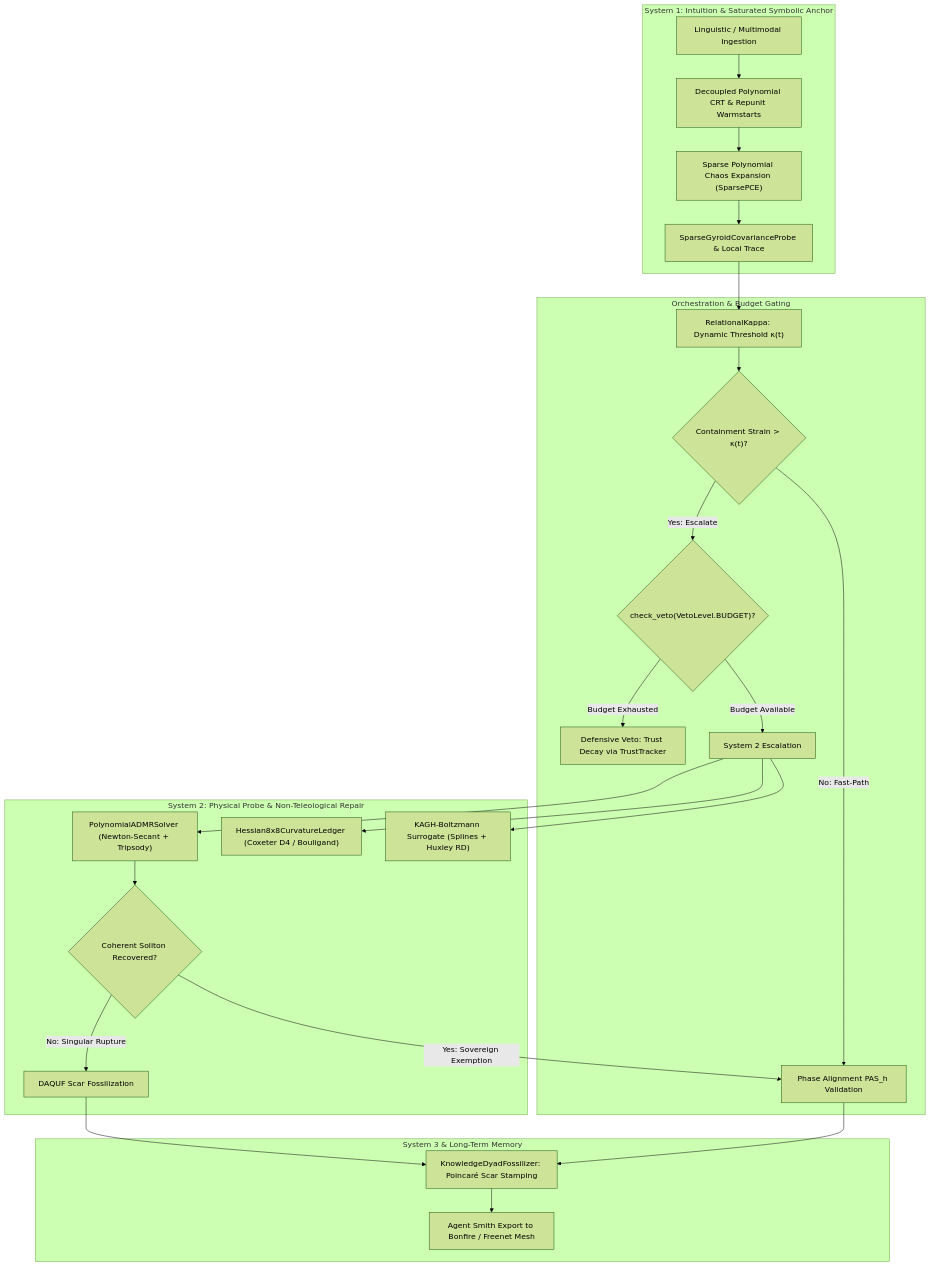
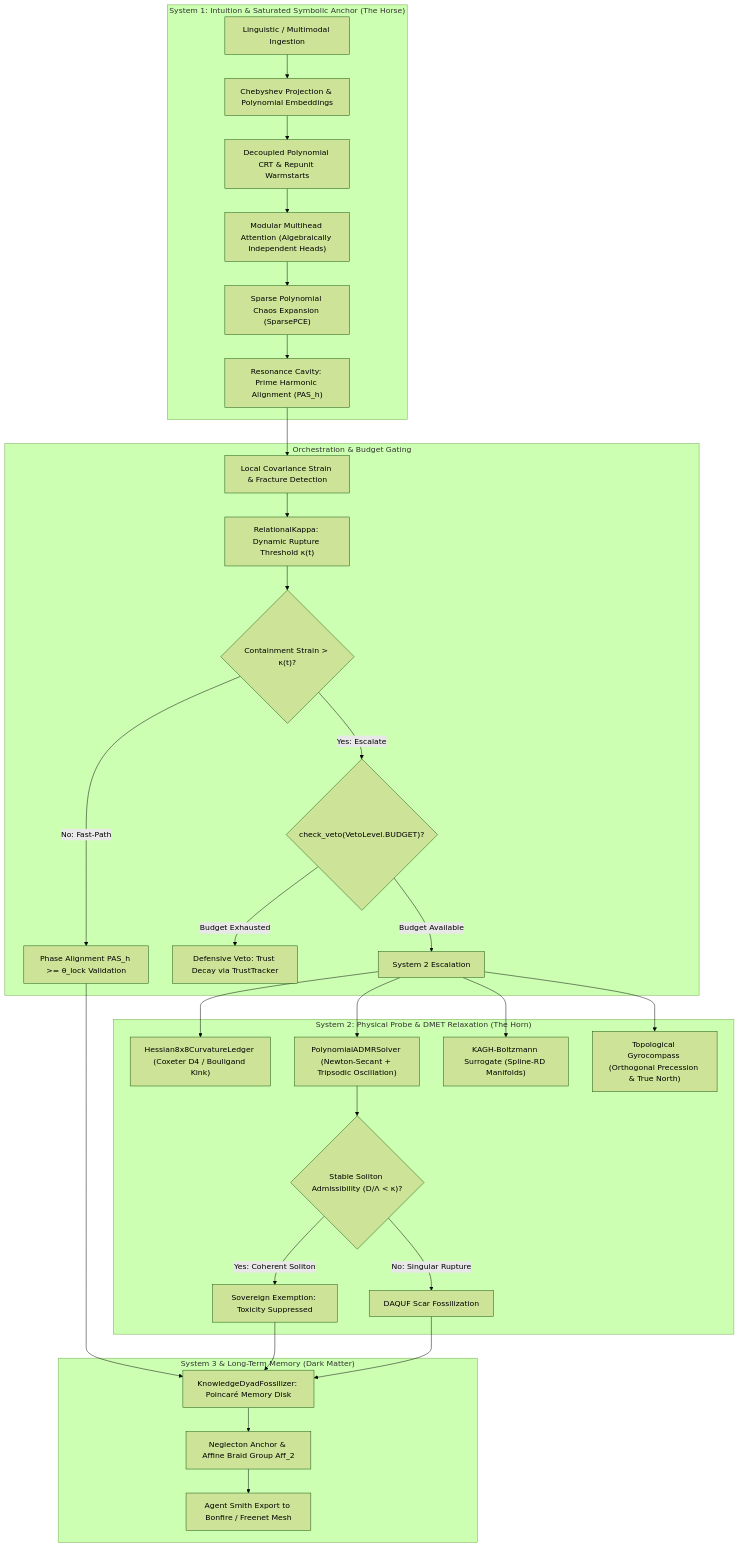
Before and after one commit to ZenoNex/Gyroidic-Sparse-Covariance-Flux-Reasoner: the diagram in vault_docs/PROJECT_PITCH.md, drawn with Mermaid (forest theme). The commit also changed other lines of this file, not shown here.

````diff
--- a/vault_docs/PROJECT_PITCH.md
+++ b/vault_docs/PROJECT_PITCH.md
@@ -40,32 +40,38 @@
 ```mermaid
 graph TD
-    subgraph S1["System 1: Intuition & Saturated Symbolic Anchor"]
-        Input["Linguistic / Multimodal Ingestion"] --> CRT["Decoupled Polynomial CRT & Repunit Warmstarts"]
-        CRT --> PCE["Sparse Polynomial Chaos Expansion (SparsePCE)"]
-        PCE --> Probe["SparseGyroidCovarianceProbe & Local Trace"]
+    subgraph S1["System 1: Intuition & Saturated Symbolic Anchor (The Horse)"]
+        Input["Linguistic / Multimodal Ingestion"] --> Ingest["Chebyshev Projection & Polynomial Embeddings"]
+        Ingest --> CRT["Decoupled Polynomial CRT & Repunit Warmstarts"]
+        CRT --> ModAttn["Modular Multihead Attention (Algebraically Independent Heads)"]
+        ModAttn --> PCE["Sparse Polynomial Chaos Expansion (SparsePCE)"]
+        PCE --> Cavity["Resonance Cavity: Prime Harmonic Alignment (PAS_h)"]
     end
 
     subgraph Gov["Orchestration & Budget Gating"]
-        Probe --> RK["RelationalKappa: Dynamic Threshold κ(t)"]
+        Cavity --> Strain["Local Covariance Strain & Fracture Detection"]
+        Strain --> RK["RelationalKappa: Dynamic Rupture Threshold κ(t)"]
         RK --> Gate{"Containment Strain > κ(t)?"}
-        Gate -- "No: Fast-Path" --> Coherence["Phase Alignment PAS_h Validation"]
+        Gate -- "No: Fast-Path" --> Coherence["Phase Alignment PAS_h >= θ_lock Validation"]
         Gate -- "Yes: Escalate" --> VetGate{"check_veto(VetoLevel.BUDGET)?"}
         VetGate -- "Budget Exhausted" --> DefVeto["Defensive Veto: Trust Decay via TrustTracker"]
         VetGate -- "Budget Available" --> S2["System 2 Escalation"]
     end
 
-    subgraph S2Sys["System 2: Physical Probe & Non-Teleological Repair"]
-        S2 --> ADMR["PolynomialADMRSolver (Newton-Secant + Tripsody)"]
-        S2 --> Curv["Hessian8x8CurvatureLedger (Coxeter D4 / Bouligand)"]
-        S2 --> KAGH["KAGH-Boltzmann Surrogate (Splines + Huxley RD)"]
-        ADMR --> SolitonCheck{"Coherent Soliton Recovered?"}
-        SolitonCheck -- "Yes: Sovereign Exemption" --> Coherence
+    subgraph S2Sys["System 2: Physical Probe & DMET Relaxation (The Horn)"]
+        S2 --> Curv["Hessian8x8CurvatureLedger (Coxeter D4 / Bouligand Kink)"]
+        S2 --> ADMR["PolynomialADMRSolver (Newton-Secant + Tripsodic Oscillation)"]
+        S2 --> KAGH["KAGH-Boltzmann Surrogate (Spline-RD Manifolds)"]
+        S2 --> Gyro["Topological Gyrocompass (Orthogonal Precession & True North)"]
+        ADMR --> SolitonCheck{"Stable Soliton Admissibility (D/Λ < κ)?"}
+        SolitonCheck -- "Yes: Coherent Soliton" --> Sovereign["Sovereign Exemption: Toxicity Suppressed"]
         SolitonCheck -- "No: Singular Rupture" --> DAQUF["DAQUF Scar Fossilization"]
     end
 
-    subgraph S3["System 3 & Long-Term Memory"]
-        Coherence --> Fossil["KnowledgeDyadFossilizer: Poincaré Scar Stamping"]
+    subgraph S3["System 3 & Long-Term Memory (Dark Matter)"]
+        Coherence --> Fossil["KnowledgeDyadFossilizer: Poincaré Memory Disk"]
+        Sovereign --> Fossil
         DAQUF --> Fossil
-        Fossil --> Mesh["Agent Smith Export to Bonfire / Freenet Mesh"]
+        Fossil --> Neglecton["Neglecton Anchor & Affine Braid Group Aff_2"]
+        Neglecton --> Mesh["Agent Smith Export to Bonfire / Freenet Mesh"]
     end
 ```
````
